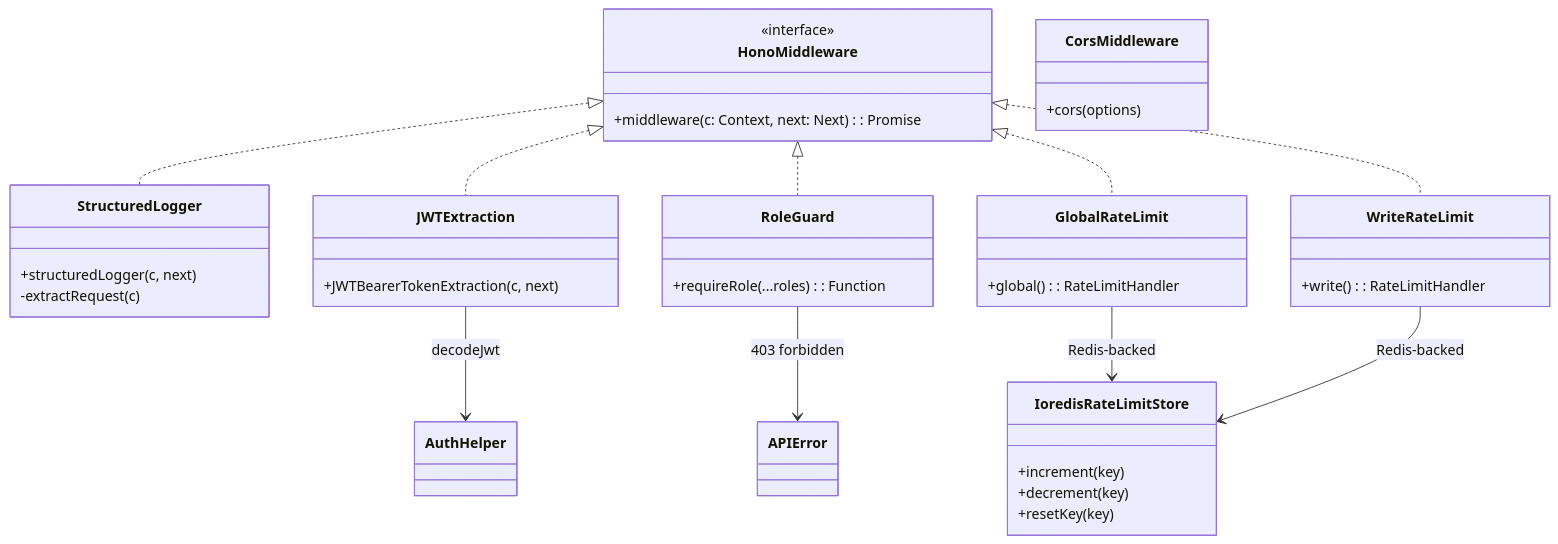
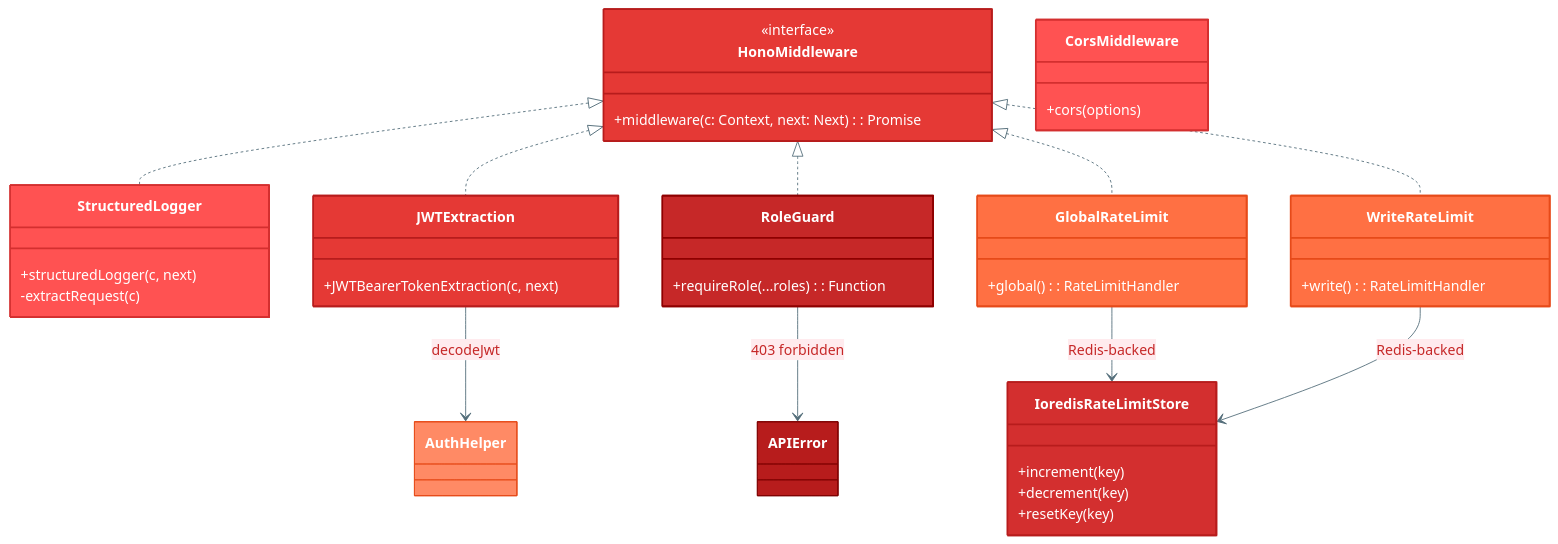
Diagram 11 of 12 in architecture-c4-level4.md (luna-gindra/c4-architecture-hono-api-seminar), drawn with Mermaid before and after one commit. The commit also changed other lines of this file and 1 other file, not shown here.

First line of the commit message:
🎨 Add colorful styling to all C4 architecture diagrams

````diff
--- a/architecture-c4-level4.md
+++ b/architecture-c4-level4.md
@@ -917,49 +1085,66 @@
 ```mermaid
+%%{init: {"theme": "base", "themeVariables": {
+    "primaryColor": "#FFEBEE",
+    "primaryTextColor": "#C62828",
+    "lineColor": "#546E7A",
+    "fontSize": 13
+}}}%%
 classDiagram
     class HonoMiddleware {
         <<interface>>
         +middleware(c: Context, next: Next): Promise
     }
 
     class CorsMiddleware {
         +cors(options)
     }
 
     class StructuredLogger {
         +structuredLogger(c, next)
         -extractRequest(c)
     }
 
     class GlobalRateLimit {
         +global(): RateLimitHandler
     }
 
     class WriteRateLimit {
         +write(): RateLimitHandler
     }
 
     class IoredisRateLimitStore {
         +increment(key)
         +decrement(key)
         +resetKey(key)
     }
 
     class JWTExtraction {
         +JWTBearerTokenExtraction(c, next)
     }
 
     class RoleGuard {
         +requireRole(...roles): Function
     }
 
     HonoMiddleware <|.. StructuredLogger
     HonoMiddleware <|.. JWTExtraction
     HonoMiddleware <|.. RoleGuard
     HonoMiddleware <|.. GlobalRateLimit
     HonoMiddleware <|.. WriteRateLimit
 
     GlobalRateLimit --> IoredisRateLimitStore : Redis-backed
     WriteRateLimit --> IoredisRateLimitStore : Redis-backed
     JWTExtraction --> AuthHelper : decodeJwt
     RoleGuard --> APIError : 403 forbidden
+
+    style HonoMiddleware fill:#E53935,color:#fff,stroke:#B71C1C,stroke-width:2px
+    style CorsMiddleware fill:#FF5252,color:#fff,stroke:#D32F2F,stroke-width:2px
+    style StructuredLogger fill:#FF5252,color:#fff,stroke:#D32F2F,stroke-width:2px
+    style GlobalRateLimit fill:#FF7043,color:#fff,stroke:#E64A19,stroke-width:2px
+    style WriteRateLimit fill:#FF7043,color:#fff,stroke:#E64A19,stroke-width:2px
+    style IoredisRateLimitStore fill:#D32F2F,color:#fff,stroke:#B71C1C,stroke-width:2px
+    style JWTExtraction fill:#E53935,color:#fff,stroke:#B71C1C,stroke-width:2px
+    style RoleGuard fill:#C62828,color:#fff,stroke:#8E0000,stroke-width:2px
+    style AuthHelper fill:#FF8A65,color:#fff,stroke:#E64A19,stroke-width:1px
+    style APIError fill:#B71C1C,color:#fff,stroke:#7F0000,stroke-width:1px
 ```
````
